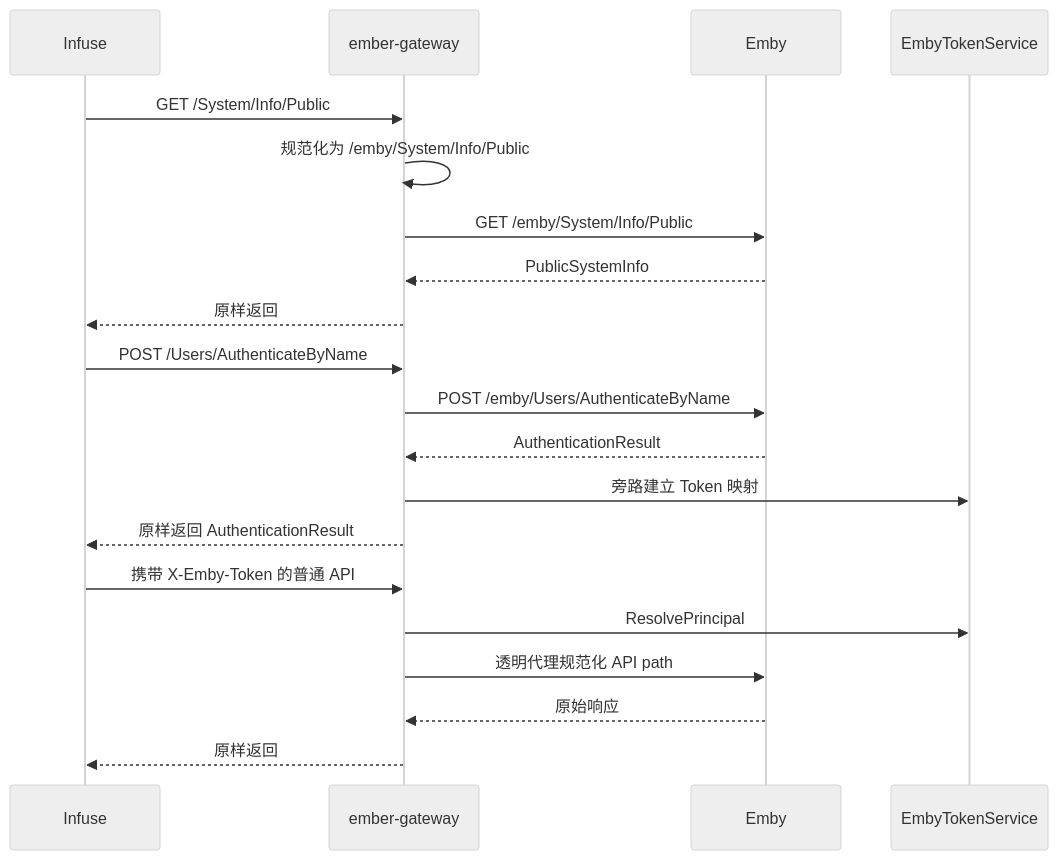
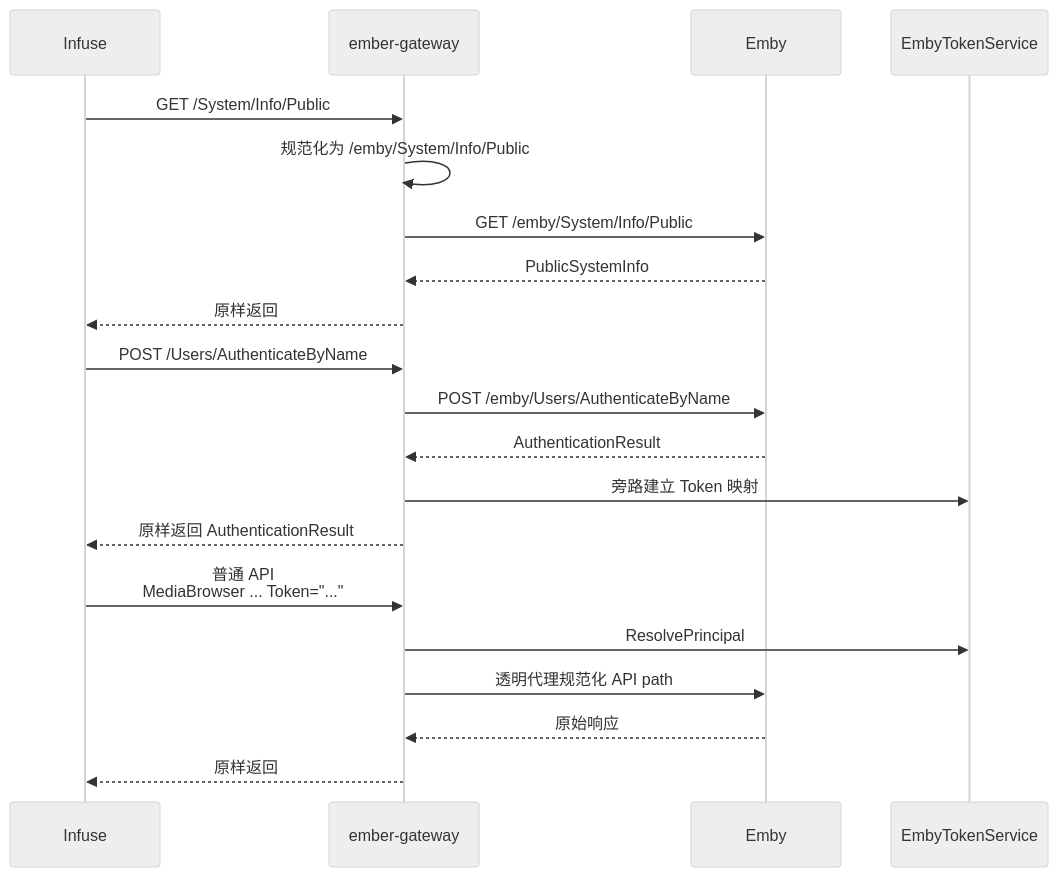
One commit to konghanghang/ember changed the second of 2 diagrams in docs/plan/architecture/ember-gateway-transparent-proxy-and-web-access.md. Above: the diagram before and after it, drawn with Mermaid (neutral theme). The commit also changed other lines of this file and 8 other files, not shown here.

First line of the commit message:
fix(gateway): 兼容 Infuse 内嵌 Token

````diff
--- a/docs/plan/architecture/ember-gateway-transparent-proxy-and-web-access.md
+++ b/docs/plan/architecture/ember-gateway-transparent-proxy-and-web-access.md
@@ -237,23 +240,23 @@
 ```mermaid
 sequenceDiagram
     participant Infuse
     participant Gateway as ember-gateway
     participant Emby
     participant Token as EmbyTokenService
 
     Infuse->>Gateway: GET /System/Info/Public
     Gateway->>Gateway: 规范化为 /emby/System/Info/Public
     Gateway->>Emby: GET /emby/System/Info/Public
     Emby-->>Gateway: PublicSystemInfo
     Gateway-->>Infuse: 原样返回
     Infuse->>Gateway: POST /Users/AuthenticateByName
     Gateway->>Emby: POST /emby/Users/AuthenticateByName
     Emby-->>Gateway: AuthenticationResult
     Gateway->>Token: 旁路建立 Token 映射
     Gateway-->>Infuse: 原样返回 AuthenticationResult
-    Infuse->>Gateway: 携带 X-Emby-Token 的普通 API
+    Infuse->>Gateway: 普通 API<br/>MediaBrowser ... Token="..."
     Gateway->>Token: ResolvePrincipal
     Gateway->>Emby: 透明代理规范化 API path
     Emby-->>Gateway: 原始响应
     Gateway-->>Infuse: 原样返回
 ```
````
